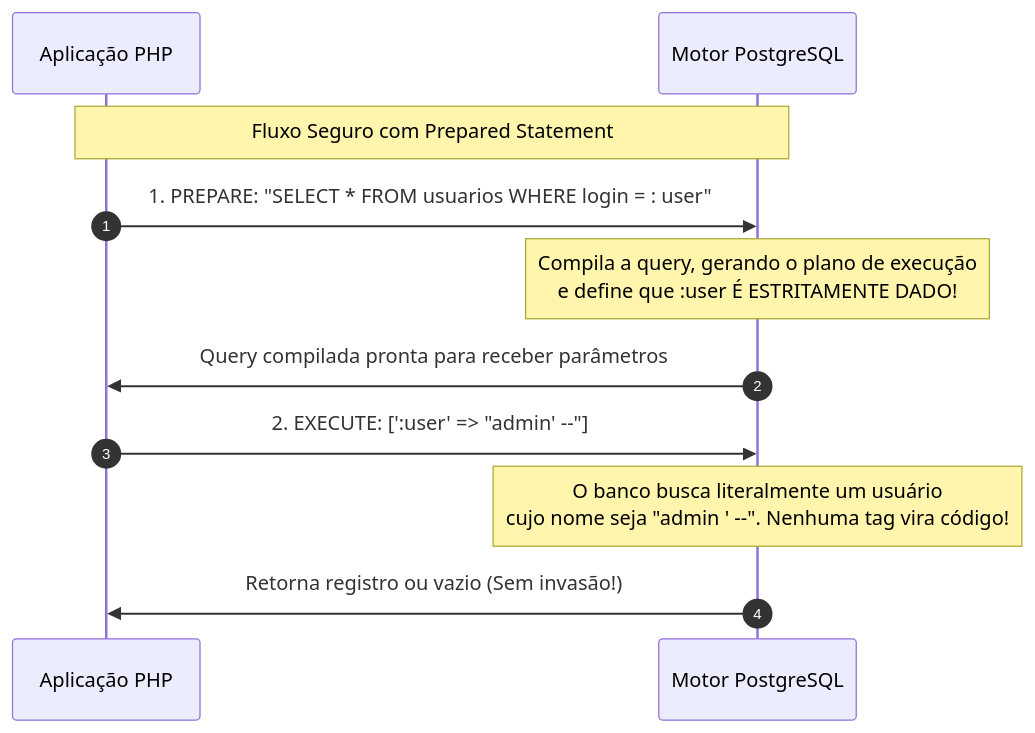
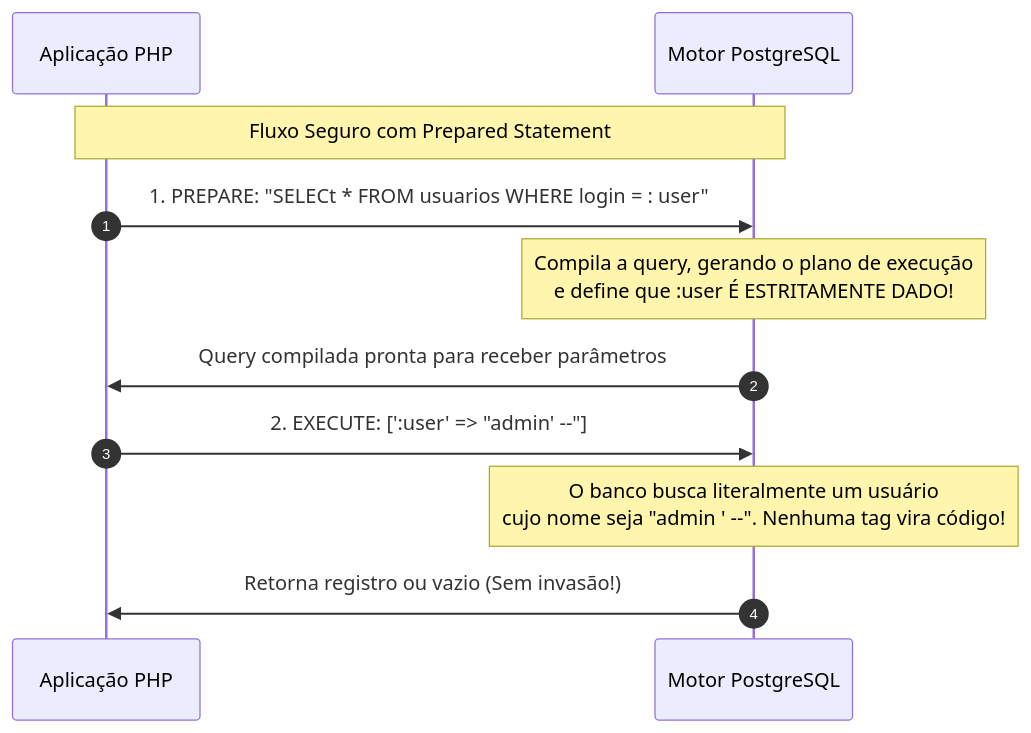
Diagram 13 of 28 in README.md (EduardoPaulino10/PHPVanilla), drawn with Mermaid before and after one commit. The commit also changed other lines of this file and 49 other files, not shown here.

````diff
--- a/README.md
+++ b/README.md
@@ -1338,15 +1353,15 @@
 ```mermaid
 sequenceDiagram
     autonumber
     participant App as Aplicação PHP
     participant SGBD as Motor PostgreSQL
 
     Note over App, SGBD: Fluxo Seguro com Prepared Statement
-    App->>SGBD: 1. PREPARE: "SELECT * FROM usuarios WHERE login = : user"
+    App->>SGBD: 1. PREPARE: "SELECt * FROM usuarios WHERE login = : user"
     Note over SGBD: Compila a query, gerando o plano de execução<br/>e define que :user É ESTRITAMENTE DADO!
     SGBD->>App: Query compilada pronta para receber parâmetros
     App->>SGBD: 2. EXECUTE: [':user' => "admin' --"]
     Note over SGBD: O banco busca literalmente um usuário<br/>cujo nome seja "admin ' --". Nenhuma tag vira código!
     SGBD->>App: Retorna registro ou vazio (Sem invasão!)
 
 ```
````
